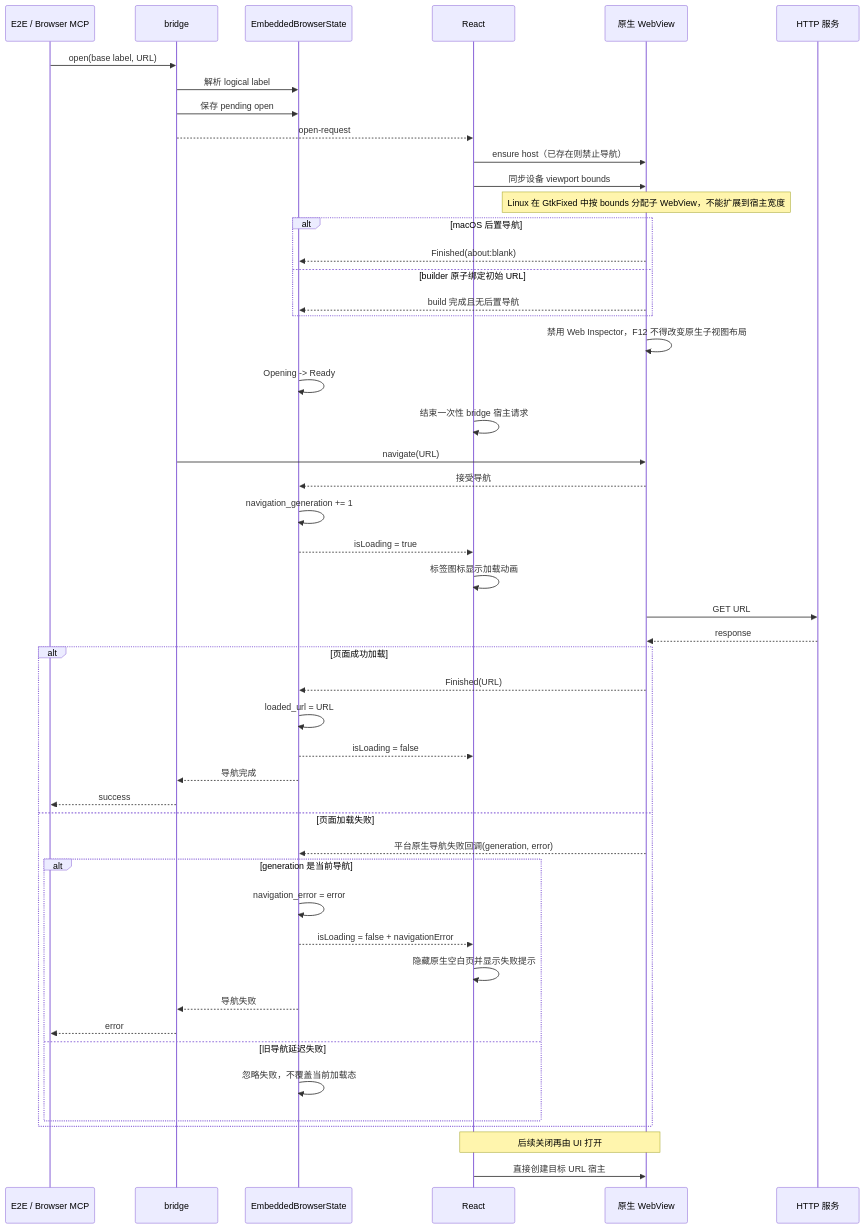
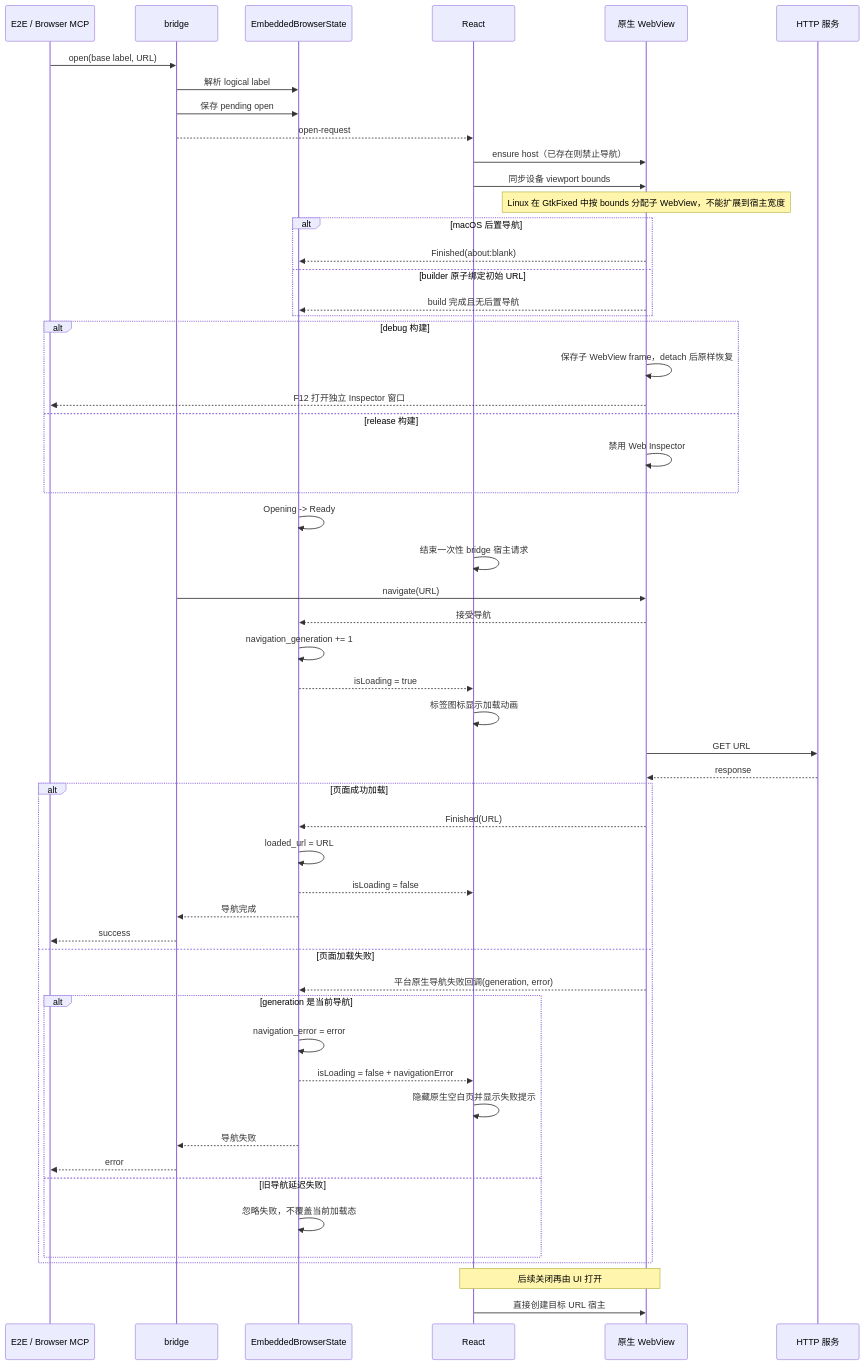
One commit to wecode-ai/Wegent changed the second of 2 diagrams in docs/zh/architecture/embedded-browser.md. Above: the diagram before and after it, drawn with Mermaid. The commit also changed other lines of this file and 14 other files, not shown here.

Commit message:
fix(wework): detach embedded browser inspector

````diff
--- a/docs/zh/architecture/embedded-browser.md
+++ b/docs/zh/architecture/embedded-browser.md
@@ -40,53 +41,58 @@
 ```mermaid
 sequenceDiagram
     participant C as E2E / Browser MCP
     participant B as bridge
     participant S as EmbeddedBrowserState
     participant R as React
     participant W as 原生 WebView
     participant H as HTTP 服务
 
     C->>B: open(base label, URL)
     B->>S: 解析 logical label
     B->>S: 保存 pending open
     B-->>R: open-request
     R->>W: ensure host（已存在则禁止导航）
     R->>W: 同步设备 viewport bounds
     Note over W: Linux 在 GtkFixed 中按 bounds 分配子 WebView，不能扩展到宿主宽度
     alt macOS 后置导航
         W-->>S: Finished(about:blank)
     else builder 原子绑定初始 URL
         W-->>S: build 完成且无后置导航
     end
-    W->>W: 禁用 Web Inspector，F12 不得改变原生子视图布局
+    alt debug 构建
+        W->>W: 保存子 WebView frame，detach 后原样恢复
+        W-->>C: F12 打开独立 Inspector 窗口
+    else release 构建
+        W->>W: 禁用 Web Inspector
+    end
     S->>S: Opening -> Ready
     R->>R: 结束一次性 bridge 宿主请求
     B->>W: navigate(URL)
     W-->>S: 接受导航
     S->>S: navigation_generation += 1
     S-->>R: isLoading = true
     R->>R: 标签图标显示加载动画
     W->>H: GET URL
     H-->>W: response
     alt 页面成功加载
         W-->>S: Finished(URL)
         S->>S: loaded_url = URL
         S-->>R: isLoading = false
         S-->>B: 导航完成
         B-->>C: success
     else 页面加载失败
         W-->>S: 平台原生导航失败回调(generation, error)
         alt generation 是当前导航
             S->>S: navigation_error = error
             S-->>R: isLoading = false + navigationError
             R->>R: 隐藏原生空白页并显示失败提示
             S-->>B: 导航失败
             B-->>C: error
         else 旧导航延迟失败
             S->>S: 忽略失败，不覆盖当前加载态
         end
     end
 
     Note over R,W: 后续关闭再由 UI 打开
     R->>W: 直接创建目标 URL 宿主
 ```
````
